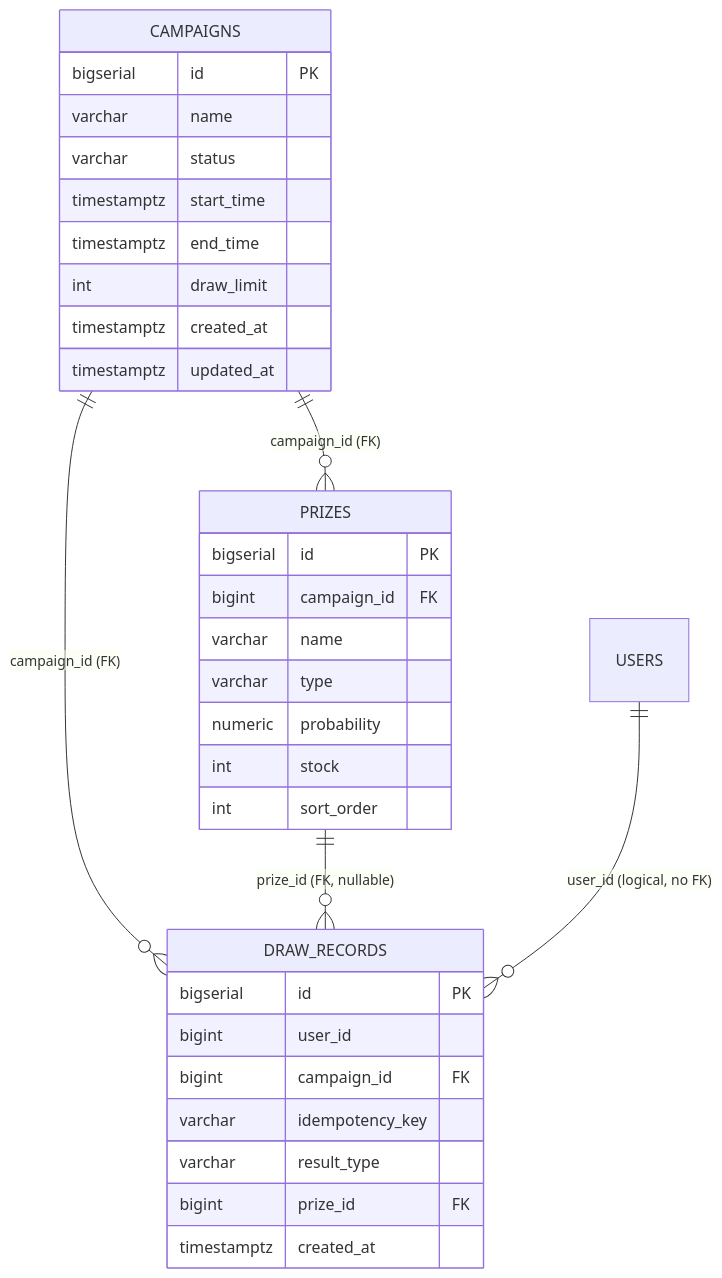
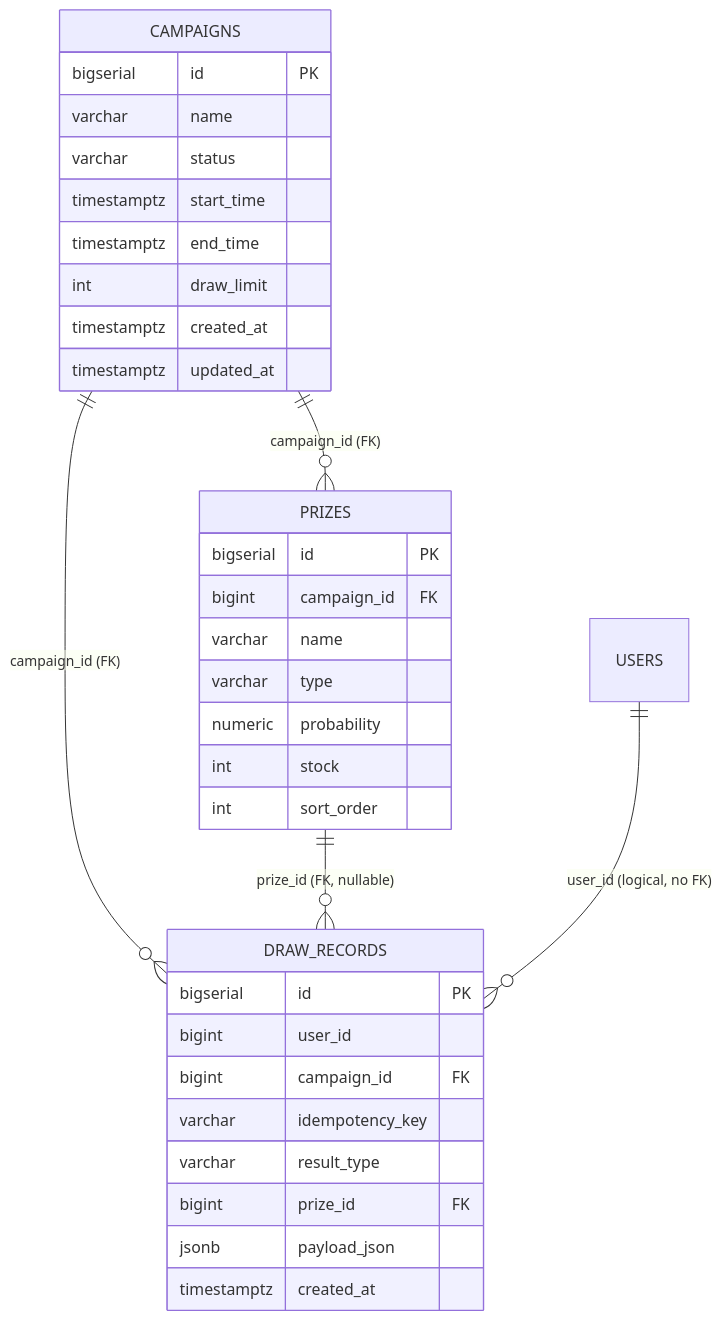
The diagram in docs/db/campaign-db.md (jjyung/lucky-draw-system), drawn with Mermaid before and after one commit. The commit also changed other lines of this file and 12 other files, not shown here.

````diff
--- a/docs/db/campaign-db.md
+++ b/docs/db/campaign-db.md
@@ -197,36 +202,37 @@
 ```mermaid
 erDiagram
     CAMPAIGNS ||--o{ PRIZES : "campaign_id (FK)"
     CAMPAIGNS ||--o{ DRAW_RECORDS : "campaign_id (FK)"
     PRIZES ||--o{ DRAW_RECORDS : "prize_id (FK, nullable)"
     USERS ||--o{ DRAW_RECORDS : "user_id (logical, no FK)"
 
     CAMPAIGNS {
         bigserial id PK
         varchar name
         varchar status
         timestamptz start_time
         timestamptz end_time
         int draw_limit
         timestamptz created_at
         timestamptz updated_at
     }
     PRIZES {
         bigserial id PK
         bigint campaign_id FK
         varchar name
         varchar type
         numeric probability
         int stock
         int sort_order
     }
     DRAW_RECORDS {
         bigserial id PK
         bigint user_id
         bigint campaign_id FK
         varchar idempotency_key
         varchar result_type
         bigint prize_id FK
+        jsonb payload_json
         timestamptz created_at
     }
 ```
````
